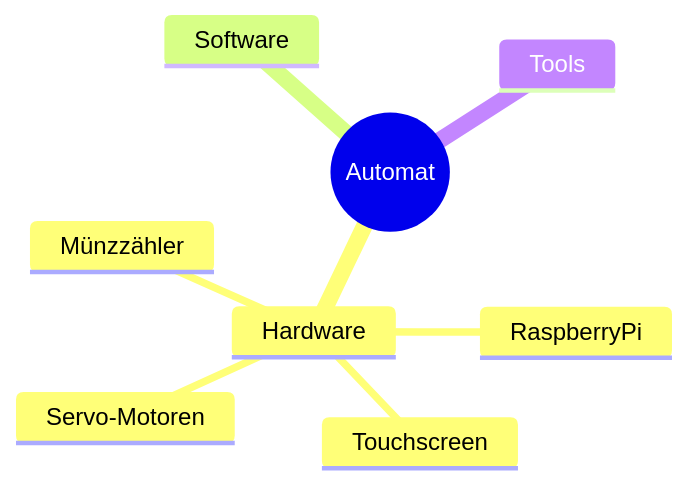
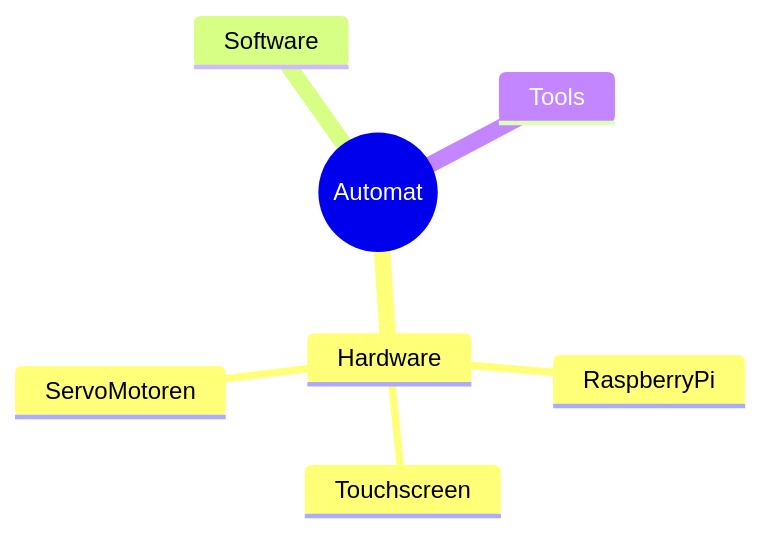
The diagram in README.md (Darabrob/Projekt_Automat), drawn with Mermaid before and after one commit.

````diff
--- a/README.md
+++ b/README.md
@@ -3,12 +3,11 @@
 ```mermaid
 mindmap
   root((Automat))
     Hardware
       RaspberryPi
       Touchscreen
-      Münzzähler
-      Servo-Motoren
+      ServoMotoren
     Software
     Tools
       
 ```
````
